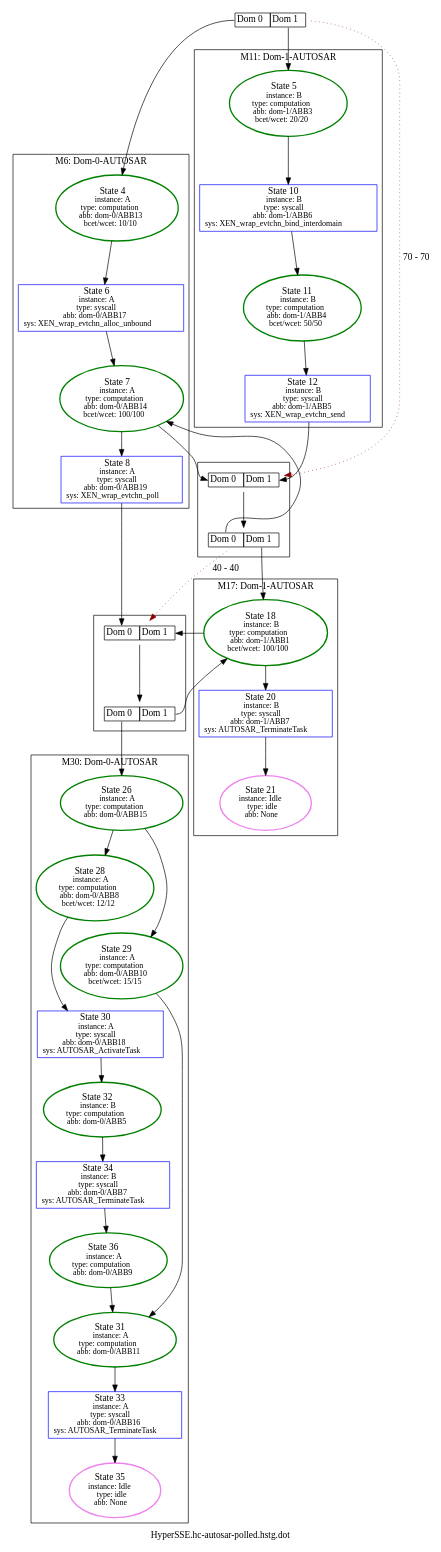
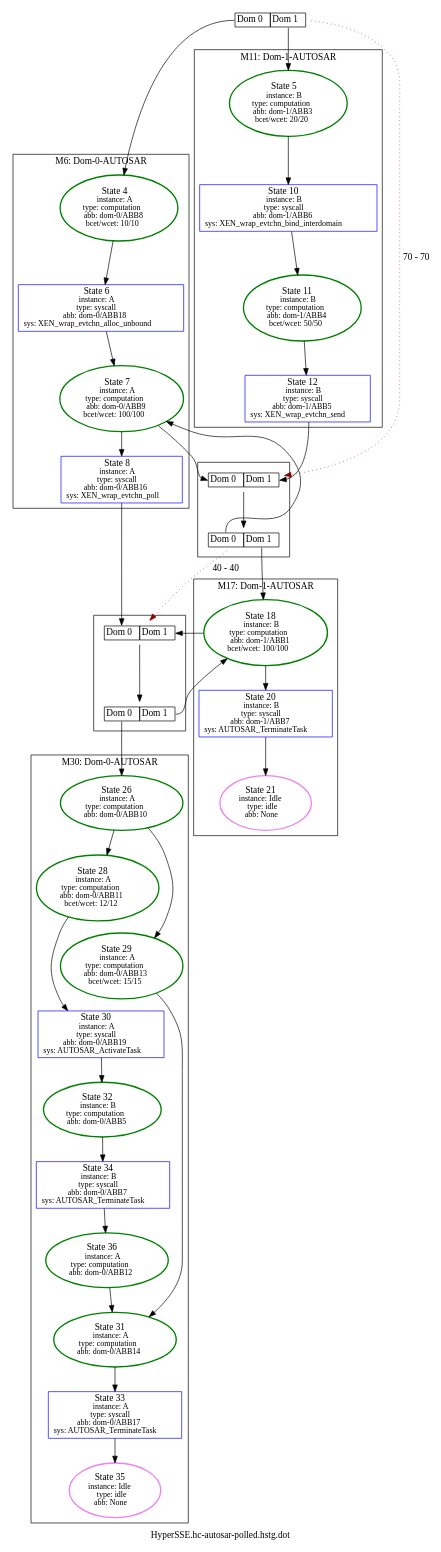
Before and after one commit to luhsra/ara: the diagram in appl/Xen/hc-autosar-polled/HyperSSE.hc-autosar-polled.hstg.dot, drawn with Graphviz. The commit also changed 10 other files, not shown here.

```diff
--- a/appl/Xen/hc-autosar-polled/HyperSSE.hc-autosar-polled.hstg.dot
+++ b/appl/Xen/hc-autosar-polled/HyperSSE.hc-autosar-polled.hstg.dot
@@ -1,85 +1,85 @@
 digraph G {
 label="HyperSSE.hc-autosar-polled.hstg.dot";
 1 [label=<<TABLE BORDER="0" CELLBORDER="1" CELLSPACING="0"><TR><TD PORT="c0">Dom 0</TD><TD PORT="c1">Dom 1</TD></TR></TABLE>>, shape=plaintext, tooltip=1];
 subgraph cluster_6 {
 label="M6: Dom-0-AUTOSAR";
-2 [color=green, fontsize=14, label=<State 4<br/><font point-size='12'>instance: A<br/>type: computation<br/>abb: dom-0/ABB13<br/>bcet/wcet: 10/10</font>>, style=bold, tooltip=2];
-3 [color=blue, fontsize=14, label=<State 6<br/><font point-size='12'>instance: A<br/>type: syscall<br/>abb: dom-0/ABB17<br/>sys: XEN_wrap_evtchn_alloc_unbound</font>>, shape=box, tooltip=3];
-4 [color=green, fontsize=14, label=<State 7<br/><font point-size='12'>instance: A<br/>type: computation<br/>abb: dom-0/ABB14<br/>bcet/wcet: 100/100</font>>, style=bold, tooltip=4];
-5 [color=blue, fontsize=14, label=<State 8<br/><font point-size='12'>instance: A<br/>type: syscall<br/>abb: dom-0/ABB19<br/>sys: XEN_wrap_evtchn_poll</font>>, shape=box, tooltip=5];
+2 [color=green, fontsize=14, label=<State 4<br/><font point-size='12'>instance: A<br/>type: computation<br/>abb: dom-0/ABB8<br/>bcet/wcet: 10/10</font>>, style=bold, tooltip=2];
+3 [color=blue, fontsize=14, label=<State 6<br/><font point-size='12'>instance: A<br/>type: syscall<br/>abb: dom-0/ABB18<br/>sys: XEN_wrap_evtchn_alloc_unbound</font>>, shape=box, tooltip=3];
+4 [color=green, fontsize=14, label=<State 7<br/><font point-size='12'>instance: A<br/>type: computation<br/>abb: dom-0/ABB9<br/>bcet/wcet: 100/100</font>>, style=bold, tooltip=4];
+5 [color=blue, fontsize=14, label=<State 8<br/><font point-size='12'>instance: A<br/>type: syscall<br/>abb: dom-0/ABB16<br/>sys: XEN_wrap_evtchn_poll</font>>, shape=box, tooltip=5];
 }
 
 subgraph cluster_11 {
 label="M11: Dom-1-AUTOSAR";
 8 [color=blue, fontsize=14, label=<State 10<br/><font point-size='12'>instance: B<br/>type: syscall<br/>abb: dom-1/ABB6<br/>sys: XEN_wrap_evtchn_bind_interdomain</font>>, shape=box, tooltip=8];
 9 [color=green, fontsize=14, label=<State 11<br/><font point-size='12'>instance: B<br/>type: computation<br/>abb: dom-1/ABB4<br/>bcet/wcet: 50/50</font>>, style=bold, tooltip=9];
 10 [color=blue, fontsize=14, label=<State 12<br/><font point-size='12'>instance: B<br/>type: syscall<br/>abb: dom-1/ABB5<br/>sys: XEN_wrap_evtchn_send</font>>, shape=box, tooltip=10];
 7 [color=green, fontsize=14, label=<State 5<br/><font point-size='12'>instance: B<br/>type: computation<br/>abb: dom-1/ABB3<br/>bcet/wcet: 20/20</font>>, style=bold, tooltip=7];
 }
 
 subgraph cluster_17 {
 label="M17: Dom-1-AUTOSAR";
 16 [color=violet, fontsize=14, label=<State 21<br/><font point-size='12'>instance: Idle<br/>type: idle<br/>abb: None</font>>, style=bold, tooltip=16];
 14 [color=green, fontsize=14, label=<State 18<br/><font point-size='12'>instance: B<br/>type: computation<br/>abb: dom-1/ABB1<br/>bcet/wcet: 100/100</font>>, style=bold, tooltip=14];
 15 [color=blue, fontsize=14, label=<State 20<br/><font point-size='12'>instance: B<br/>type: syscall<br/>abb: dom-1/ABB7<br/>sys: AUTOSAR_TerminateTask</font>>, shape=box, tooltip=15];
 }
 
 subgraph cluster_30 {
 label="M30: Dom-0-AUTOSAR";
-20 [color=green, fontsize=14, label=<State 26<br/><font point-size='12'>instance: A<br/>type: computation<br/>abb: dom-0/ABB15</font>>, style=bold, tooltip=20];
-21 [color=green, fontsize=14, label=<State 28<br/><font point-size='12'>instance: A<br/>type: computation<br/>abb: dom-0/ABB8<br/>bcet/wcet: 12/12</font>>, style=bold, tooltip=21];
-22 [color=green, fontsize=14, label=<State 29<br/><font point-size='12'>instance: A<br/>type: computation<br/>abb: dom-0/ABB10<br/>bcet/wcet: 15/15</font>>, style=bold, tooltip=22];
-23 [color=blue, fontsize=14, label=<State 30<br/><font point-size='12'>instance: A<br/>type: syscall<br/>abb: dom-0/ABB18<br/>sys: AUTOSAR_ActivateTask</font>>, shape=box, tooltip=23];
-24 [color=green, fontsize=14, label=<State 31<br/><font point-size='12'>instance: A<br/>type: computation<br/>abb: dom-0/ABB11</font>>, style=bold, tooltip=24];
+20 [color=green, fontsize=14, label=<State 26<br/><font point-size='12'>instance: A<br/>type: computation<br/>abb: dom-0/ABB10</font>>, style=bold, tooltip=20];
+21 [color=green, fontsize=14, label=<State 28<br/><font point-size='12'>instance: A<br/>type: computation<br/>abb: dom-0/ABB11<br/>bcet/wcet: 12/12</font>>, style=bold, tooltip=21];
+22 [color=green, fontsize=14, label=<State 29<br/><font point-size='12'>instance: A<br/>type: computation<br/>abb: dom-0/ABB13<br/>bcet/wcet: 15/15</font>>, style=bold, tooltip=22];
+23 [color=blue, fontsize=14, label=<State 30<br/><font point-size='12'>instance: A<br/>type: syscall<br/>abb: dom-0/ABB19<br/>sys: AUTOSAR_ActivateTask</font>>, shape=box, tooltip=23];
+24 [color=green, fontsize=14, label=<State 31<br/><font point-size='12'>instance: A<br/>type: computation<br/>abb: dom-0/ABB14</font>>, style=bold, tooltip=24];
 25 [color=green, fontsize=14, label=<State 32<br/><font point-size='12'>instance: B<br/>type: computation<br/>abb: dom-0/ABB5</font>>, style=bold, tooltip=25];
-26 [color=blue, fontsize=14, label=<State 33<br/><font point-size='12'>instance: A<br/>type: syscall<br/>abb: dom-0/ABB16<br/>sys: AUTOSAR_TerminateTask</font>>, shape=box, tooltip=26];
+26 [color=blue, fontsize=14, label=<State 33<br/><font point-size='12'>instance: A<br/>type: syscall<br/>abb: dom-0/ABB17<br/>sys: AUTOSAR_TerminateTask</font>>, shape=box, tooltip=26];
 27 [color=blue, fontsize=14, label=<State 34<br/><font point-size='12'>instance: B<br/>type: syscall<br/>abb: dom-0/ABB7<br/>sys: AUTOSAR_TerminateTask</font>>, shape=box, tooltip=27];
 28 [color=violet, fontsize=14, label=<State 35<br/><font point-size='12'>instance: Idle<br/>type: idle<br/>abb: None</font>>, style=bold, tooltip=28];
-29 [color=green, fontsize=14, label=<State 36<br/><font point-size='12'>instance: A<br/>type: computation<br/>abb: dom-0/ABB9</font>>, style=bold, tooltip=29];
+29 [color=green, fontsize=14, label=<State 36<br/><font point-size='12'>instance: A<br/>type: computation<br/>abb: dom-0/ABB12</font>>, style=bold, tooltip=29];
 }
 
 subgraph cluster_Metasync12 {
 label="";
 12 [label=<<TABLE BORDER="0" CELLBORDER="1" CELLSPACING="0"><TR><TD PORT="c0">Dom 0</TD><TD PORT="c1">Dom 1</TD></TR></TABLE>>, shape=plaintext, tooltip=12];
 13 [label=<<TABLE BORDER="0" CELLBORDER="1" CELLSPACING="0"><TR><TD PORT="c0">Dom 0</TD><TD PORT="c1">Dom 1</TD></TR></TABLE>>, shape=plaintext, tooltip=13];
 }
 
 subgraph cluster_Metasync18 {
 label="";
 18 [label=<<TABLE BORDER="0" CELLBORDER="1" CELLSPACING="0"><TR><TD PORT="c0">Dom 0</TD><TD PORT="c1">Dom 1</TD></TR></TABLE>>, shape=plaintext, tooltip=18];
 19 [label=<<TABLE BORDER="0" CELLBORDER="1" CELLSPACING="0"><TR><TD PORT="c0">Dom 0</TD><TD PORT="c1">Dom 1</TD></TR></TABLE>>, shape=plaintext, tooltip=19];
 }
 
 1:c0 -> 2  [color=black];
 1:c1 -> 7  [color=black];
 1 -> 12  [color=darkred, label="70 - 70", style=dotted];
 2 -> 3  [color=black];
 3 -> 4  [color=black];
 4 -> 5  [color=black];
 4 -> 12:c0  [color=black];
 5 -> 18:c0  [color=black];
 7 -> 8  [color=black];
 8 -> 9  [color=black];
 9 -> 10  [color=black];
 10 -> 12:c1  [color=black];
 12 -> 13  [color=black];
 13:c1 -> 14  [color=black];
 13:c0 -> 4  [color=black];
 13 -> 18  [color=darkred, label="40 - 40", style=dotted];
 14 -> 15  [color=black];
 14 -> 18:c1  [color=black];
 15 -> 16  [color=black];
 18 -> 19  [color=black];
 19:c0 -> 20  [color=black];
 19:c1 -> 14  [color=black];
 20 -> 21  [color=black];
 20 -> 22  [color=black];
 21 -> 23  [color=black];
 22 -> 24  [color=black];
 23 -> 25  [color=black];
 24 -> 26  [color=black];
 25 -> 27  [color=black];
 26 -> 28  [color=black];
 27 -> 29  [color=black];
 29 -> 24  [color=black];
 }
```
